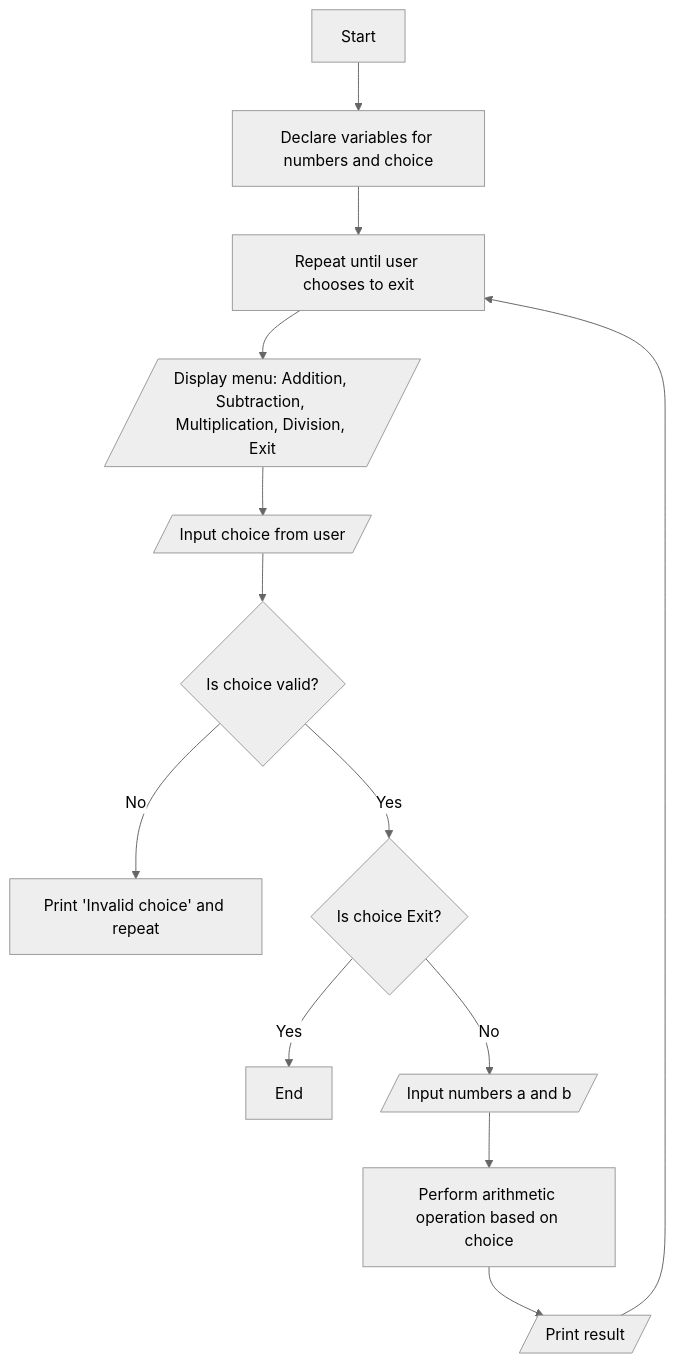
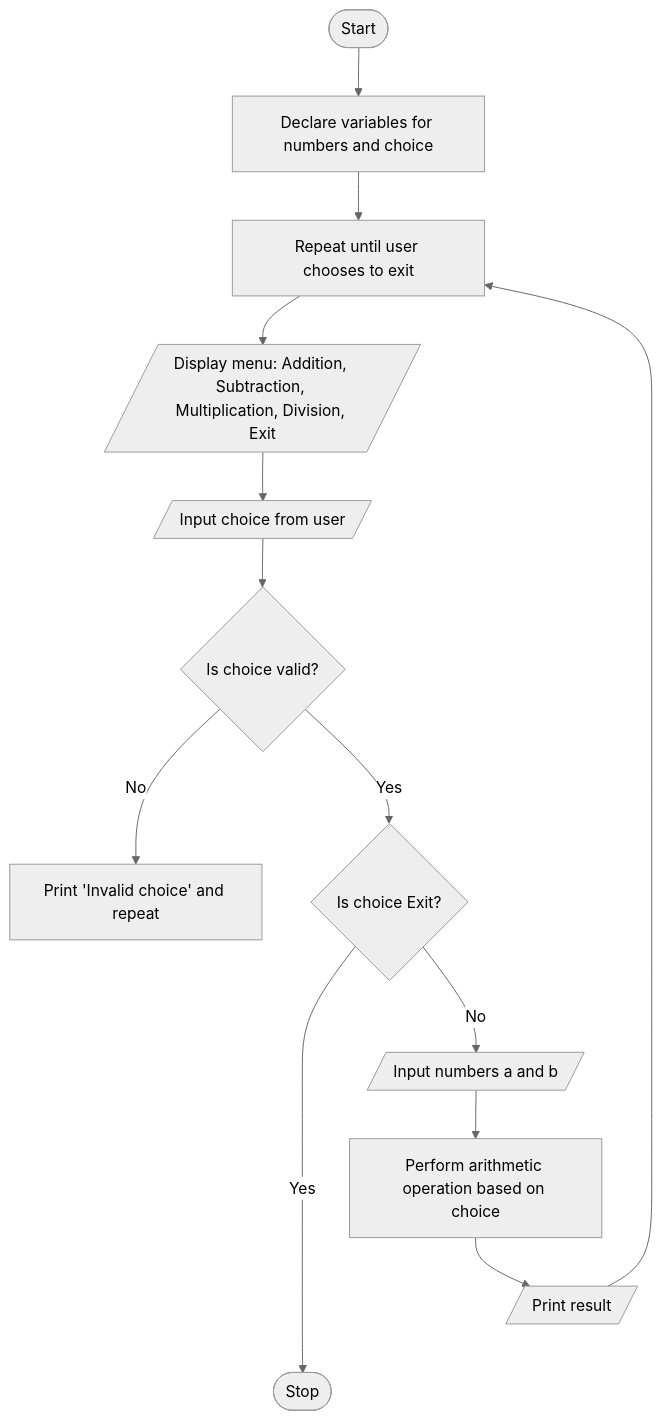
The diagram in PR/P6 - Control flow.md (Vinit-source/Programming-for-problem-solving), drawn with Mermaid (neutral theme) before and after one commit. The commit also changed other lines of this file, not shown here.

Commit message:
PR/P6 - Control flow.md updated from https://stackedit.io/

````diff
--- a/PR/P6 - Control flow.md
+++ b/PR/P6 - Control flow.md
@@ -20,15 +20,15 @@
 ```mermaid
 graph TD;
-    A[Start] --> B[Declare variables for numbers and choice];
+    A([Start]) --> B[Declare variables for numbers and choice];
     B --> C[Repeat until user chooses to exit];
     C --> D[/Display menu: Addition, Subtraction, Multiplication, Division, Exit/];
     D --> E[/Input choice from user/];
     E --> F{Is choice valid?};
     F -- No --> G[Print 'Invalid choice' and repeat];
     F -- Yes --> H{Is choice Exit?};
-    H -- Yes --> I[End];
+    H -- Yes -----> I([Stop]);
     H -- No --> J[/Input numbers a and b/];
     J --> K[Perform arithmetic operation based on choice];
     K --> L[/Print result/];
     L --> C;
 ```
````
